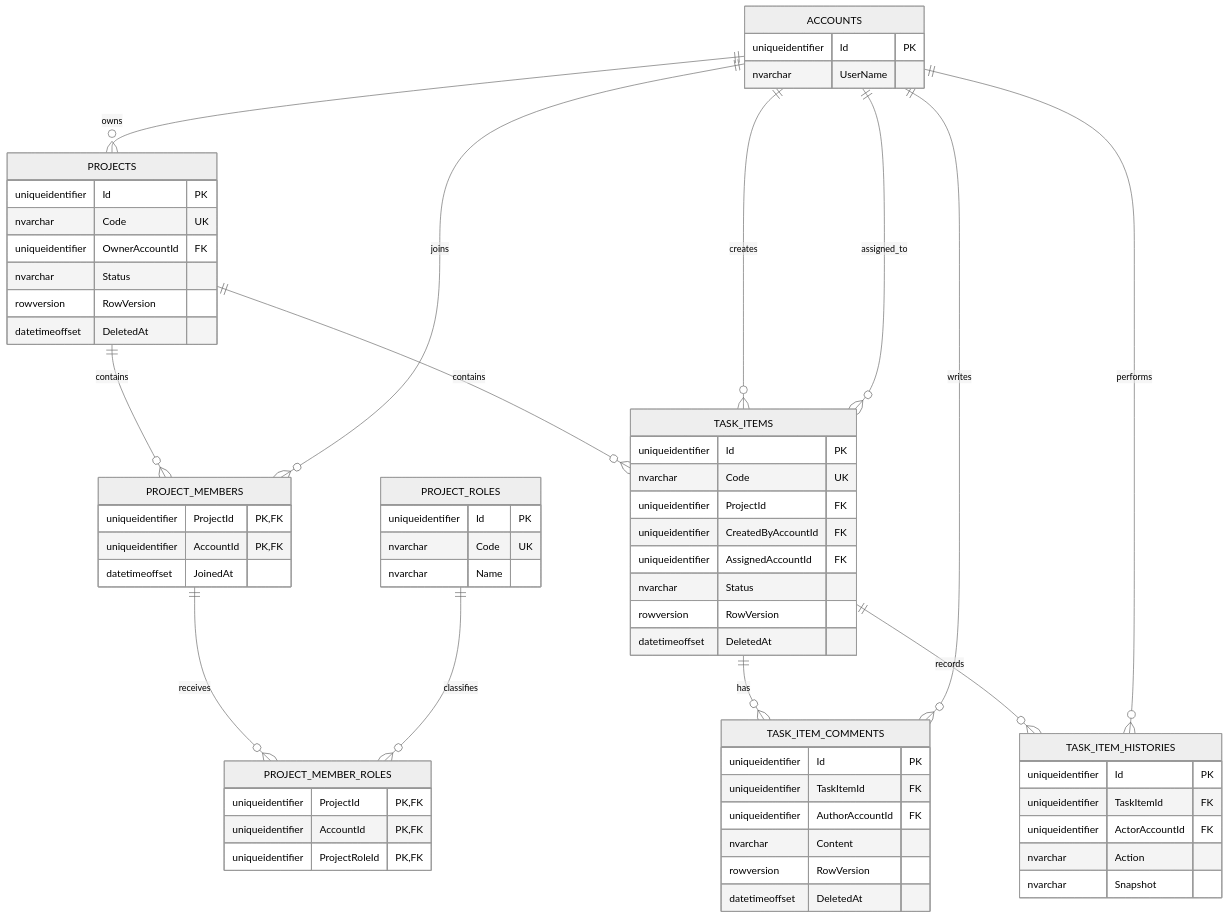
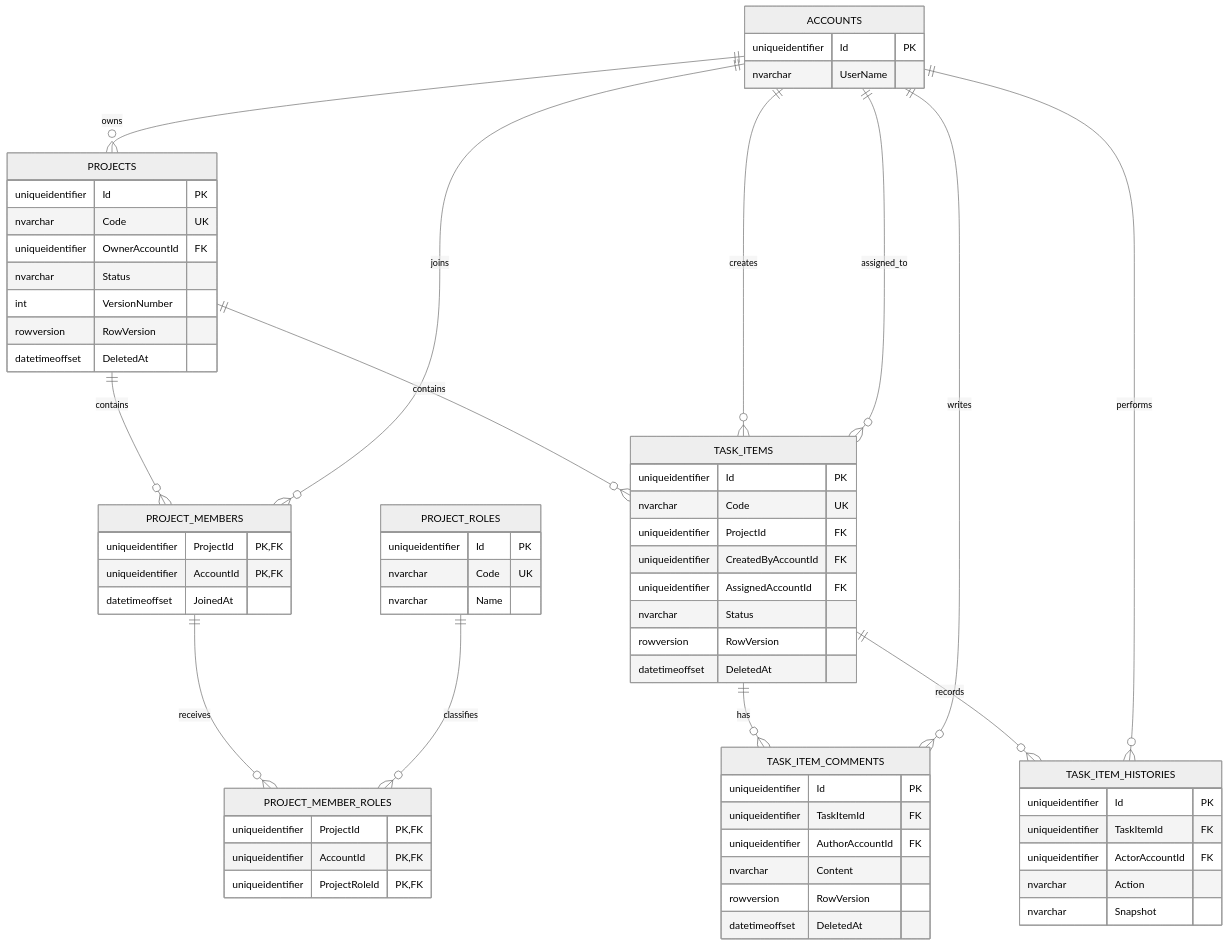
One commit to JJDing-Louis/ProjectManagementWeb_BackEnd changed the second of 3 diagrams in docs/E-R_Diagram.md. Above: the diagram before and after it, drawn with Mermaid (neutral theme). The commit also changed 12 other files, not shown here.

````diff
--- a/docs/E-R_Diagram.md
+++ b/docs/E-R_Diagram.md
@@ -81,68 +81,69 @@
 ```mermaid
 erDiagram
     ACCOUNTS {
         uniqueidentifier Id PK
         nvarchar UserName
     }
     PROJECTS {
         uniqueidentifier Id PK
         nvarchar Code UK
         uniqueidentifier OwnerAccountId FK
         nvarchar Status
+        int VersionNumber
         rowversion RowVersion
         datetimeoffset DeletedAt
     }
     PROJECT_MEMBERS {
         uniqueidentifier ProjectId PK,FK
         uniqueidentifier AccountId PK,FK
         datetimeoffset JoinedAt
     }
     PROJECT_ROLES {
         uniqueidentifier Id PK
         nvarchar Code UK
         nvarchar Name
     }
     PROJECT_MEMBER_ROLES {
         uniqueidentifier ProjectId PK,FK
         uniqueidentifier AccountId PK,FK
         uniqueidentifier ProjectRoleId PK,FK
     }
     TASK_ITEMS {
         uniqueidentifier Id PK
         nvarchar Code UK
         uniqueidentifier ProjectId FK
         uniqueidentifier CreatedByAccountId FK
         uniqueidentifier AssignedAccountId FK
         nvarchar Status
         rowversion RowVersion
         datetimeoffset DeletedAt
     }
     TASK_ITEM_COMMENTS {
         uniqueidentifier Id PK
         uniqueidentifier TaskItemId FK
         uniqueidentifier AuthorAccountId FK
         nvarchar Content
         rowversion RowVersion
         datetimeoffset DeletedAt
     }
     TASK_ITEM_HISTORIES {
         uniqueidentifier Id PK
         uniqueidentifier TaskItemId FK
         uniqueidentifier ActorAccountId FK
         nvarchar Action
         nvarchar Snapshot
     }
 
     ACCOUNTS ||--o{ PROJECTS : owns
     PROJECTS ||--o{ PROJECT_MEMBERS : contains
     ACCOUNTS ||--o{ PROJECT_MEMBERS : joins
     PROJECT_MEMBERS ||--o{ PROJECT_MEMBER_ROLES : receives
     PROJECT_ROLES ||--o{ PROJECT_MEMBER_ROLES : classifies
     PROJECTS ||--o{ TASK_ITEMS : contains
     ACCOUNTS ||--o{ TASK_ITEMS : creates
     ACCOUNTS ||--o{ TASK_ITEMS : assigned_to
     TASK_ITEMS ||--o{ TASK_ITEM_COMMENTS : has
     ACCOUNTS ||--o{ TASK_ITEM_COMMENTS : writes
     TASK_ITEMS ||--o{ TASK_ITEM_HISTORIES : records
     ACCOUNTS ||--o{ TASK_ITEM_HISTORIES : performs
 ```
````
